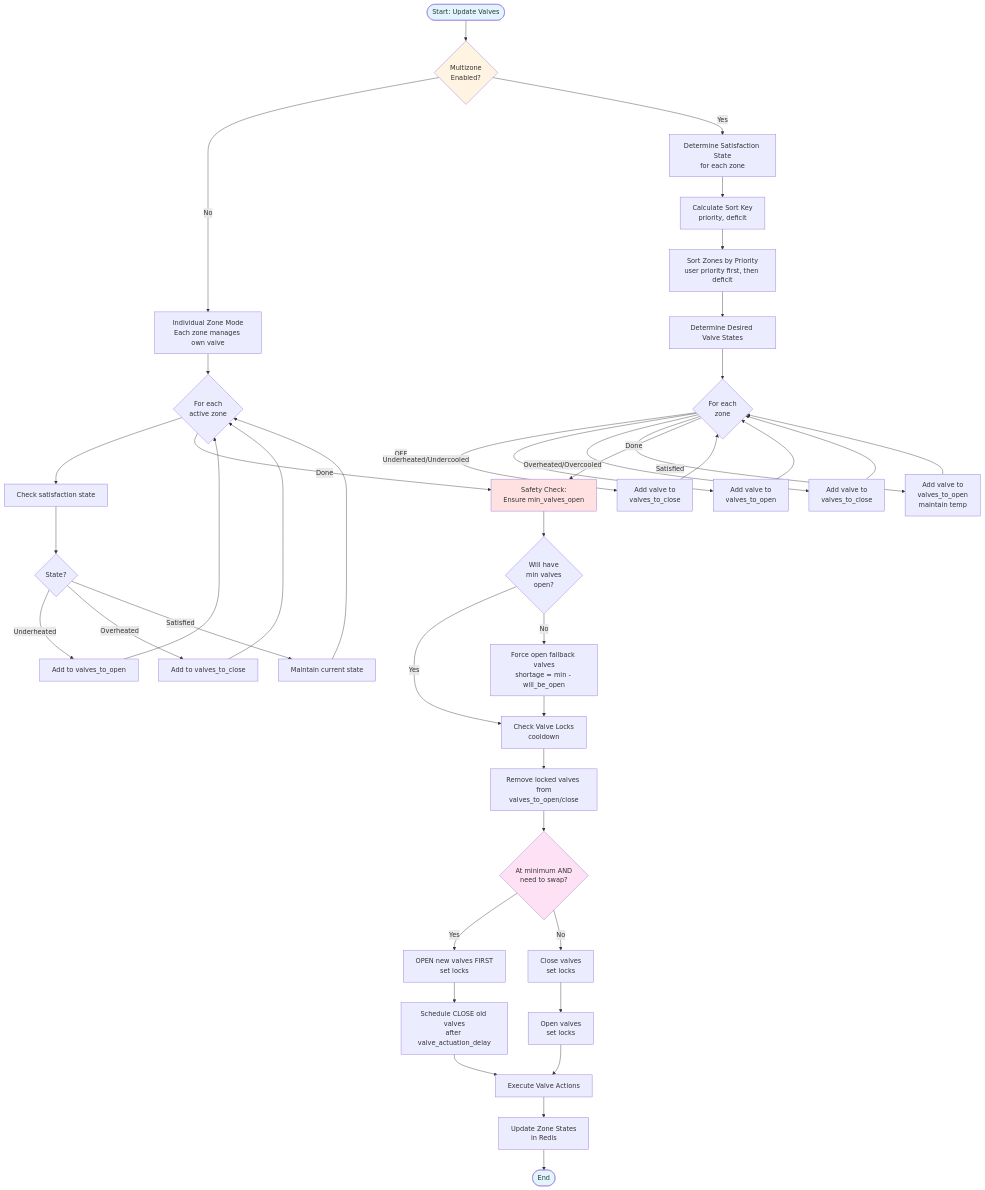
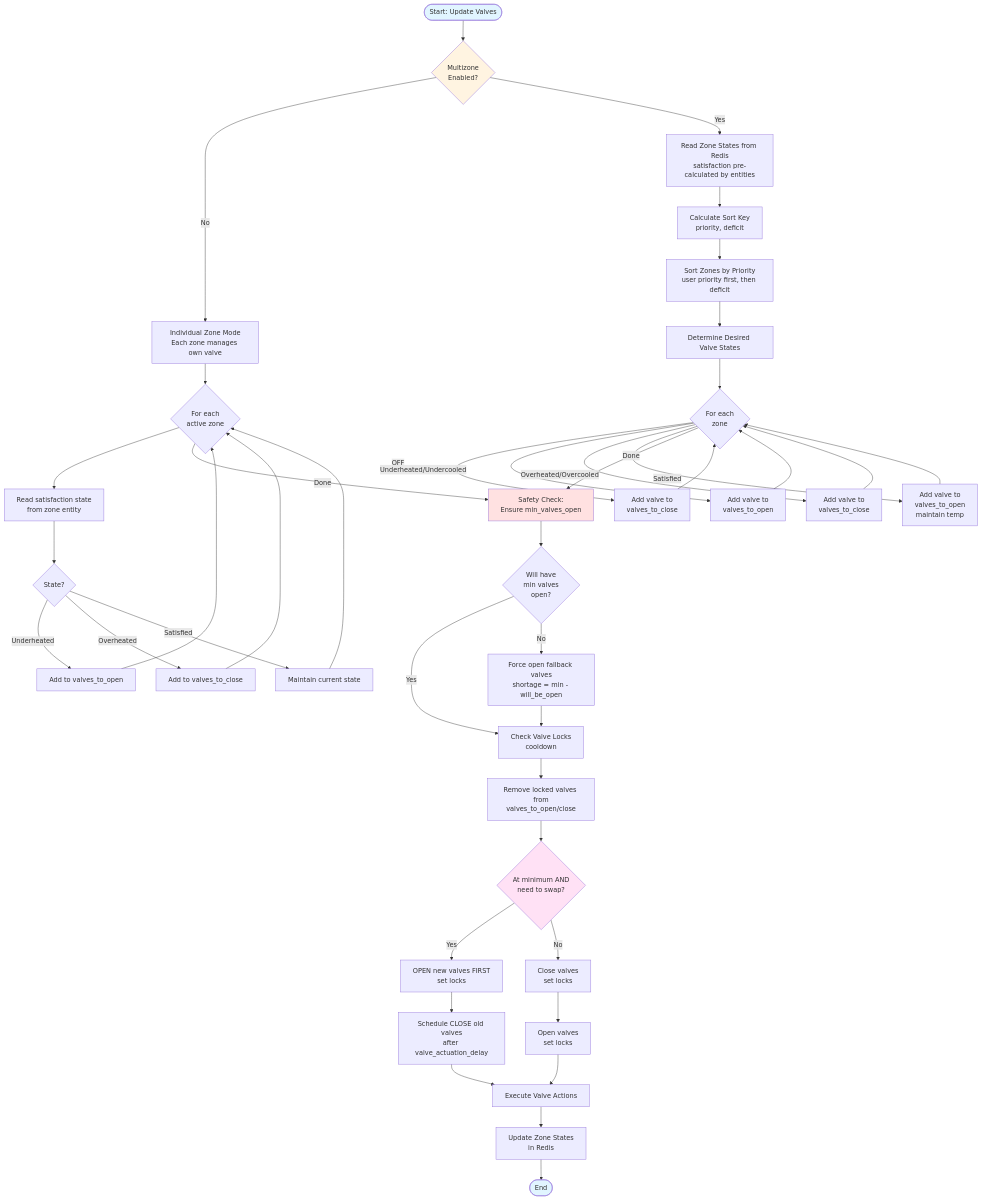
Before and after one commit to Chester929/ha_multizone_climate: the fourth of 26 diagrams in DIAGRAMS.md, drawn with Mermaid. The commit also changed other lines of this file and 4 other files, not shown here.

Commit message:
Update DIAGRAMS.md to reflect zone entities calculate satisfaction states

````diff
--- a/DIAGRAMS.md
+++ b/DIAGRAMS.md
@@ -242,67 +243,67 @@
 ```mermaid
 flowchart TD
     Start([Start: Update Valves]) --> CheckMultizone{Multizone<br/>Enabled?}
     
     CheckMultizone -->|No| IndividualMode[Individual Zone Mode<br/>Each zone manages own valve]
     IndividualMode --> IndivLoop{For each<br/>active zone}
-    IndivLoop --> CheckSat[Check satisfaction state]
+    IndivLoop --> CheckSat[Read satisfaction state<br/>from zone entity]
     CheckSat --> IndivAction{State?}
     IndivAction -->|Underheated| OpenValve[Add to valves_to_open]
     IndivAction -->|Overheated| CloseValve[Add to valves_to_close]
     IndivAction -->|Satisfied| MaintainValve[Maintain current state]
     OpenValve --> IndivLoop
     CloseValve --> IndivLoop
     MaintainValve --> IndivLoop
     IndivLoop -->|Done| SafetyCheck
     
-    CheckMultizone -->|Yes| DetermineSat[Determine Satisfaction State<br/>for each zone]
+    CheckMultizone -->|Yes| ReadStates[Read Zone States from Redis<br/>satisfaction pre-calculated by entities]
     
-    DetermineSat --> CalcSort[Calculate Sort Key<br/>priority, deficit]
+    ReadStates --> CalcSort[Calculate Sort Key<br/>priority, deficit]
     
     CalcSort --> SortZones[Sort Zones by Priority<br/>user priority first, then deficit]
     
     SortZones --> DesiredStates[Determine Desired Valve States]
     
     DesiredStates --> Loop{For each<br/>zone}
     
     Loop -->|OFF| AddClose[Add valve to<br/>valves_to_close]
     Loop -->|Underheated/Undercooled| AddOpen[Add valve to<br/>valves_to_open]
     Loop -->|Overheated/Overcooled| AddClose2[Add valve to<br/>valves_to_close]
     Loop -->|Satisfied| AddOpenSat[Add valve to<br/>valves_to_open<br/>maintain temp]
     
     AddClose --> Loop
     AddOpen --> Loop
     AddClose2 --> Loop
     AddOpenSat --> Loop
     
     Loop -->|Done| SafetyCheck[Safety Check:<br/>Ensure min_valves_open]
     
     SafetyCheck --> CheckMin{Will have<br/>min valves<br/>open?}
     
     CheckMin -->|Yes| CheckLocks
     CheckMin -->|No| ForceFallback[Force open fallback valves<br/>shortage = min - will_be_open]
     
     ForceFallback --> CheckLocks[Check Valve Locks<br/>cooldown]
     
     CheckLocks --> FilterLocked[Remove locked valves from<br/>valves_to_open/close]
     
     FilterLocked --> CheckSwap{At minimum AND<br/>need to swap?}
     
     CheckSwap -->|Yes| OpenFirst[OPEN new valves FIRST<br/>set locks]
     OpenFirst --> Schedule[Schedule CLOSE old valves<br/>after valve_actuation_delay]
     Schedule --> Execute
     
     CheckSwap -->|No| SimultaneousClose[Close valves<br/>set locks]
     SimultaneousClose --> SimultaneousOpen[Open valves<br/>set locks]
     SimultaneousOpen --> Execute
     
     Execute[Execute Valve Actions] --> UpdateRedis[Update Zone States<br/>in Redis]
     
     UpdateRedis --> End([End])
     
     style Start fill:#e1f5ff
     style End fill:#e1f5ff
     style CheckMultizone fill:#fff4e1
     style SafetyCheck fill:#ffe1e1
     style CheckSwap fill:#ffe1f5
 ```
````
